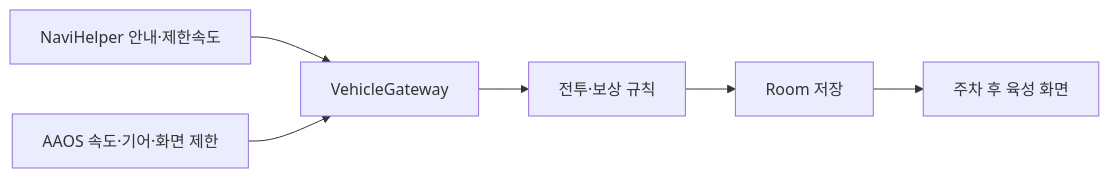
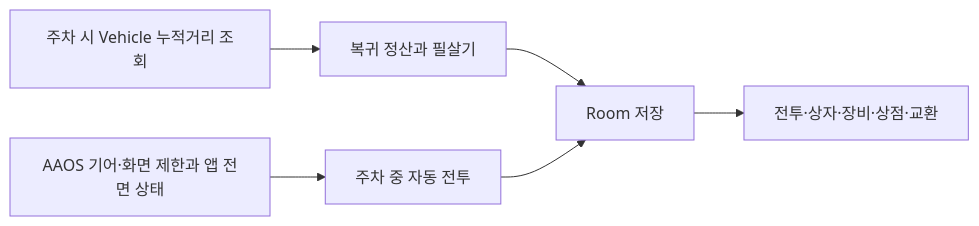
The diagram in README.md (Daeho-AI/pleos-expedition-boss), drawn with Mermaid before and after one commit. The commit also changed other lines of this file and 52 other files, not shown here.

````diff
--- a/README.md
+++ b/README.md
@@ -101,8 +111,8 @@
 ```mermaid
 flowchart LR
-    A[NaviHelper 안내·제한속도] --> G[VehicleGateway]
-    B[AAOS 속도·기어·화면 제한] --> G
-    G --> C[전투·보상 규칙]
+    A[주차 시 Vehicle 누적거리 조회] --> G[복귀 정산과 필살기]
+    B[AAOS 기어·화면 제한과 앱 전면 상태] --> C[주차 중 자동 전투]
+    G --> D[Room 저장]
     C --> D[Room 저장]
-    D --> E[주차 후 육성 화면]
+    D --> E[전투·상자·장비·상점·교환]
 ```
````
